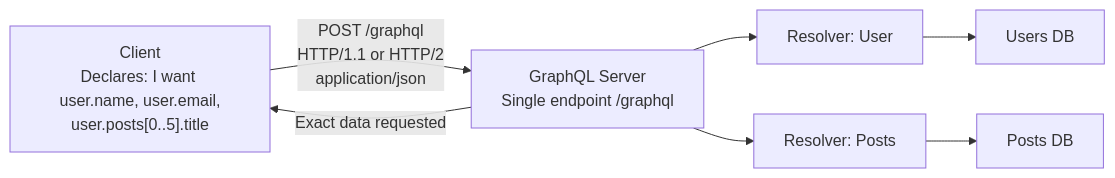
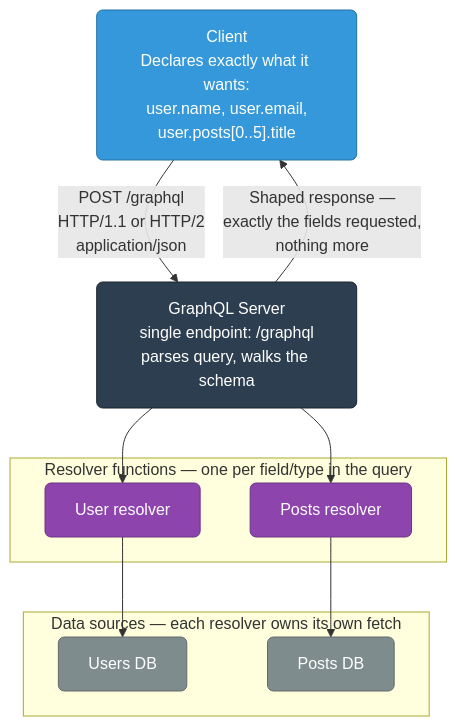
The third of 5 diagrams in networking/grpc-graphql.md (deepanshu-rawat6/DevOpsIndex), drawn with Mermaid before and after one commit. The commit also changed other lines of this file and 8 other files, not shown here.

````diff
--- a/networking/grpc-graphql.md
+++ b/networking/grpc-graphql.md
@@ -152,9 +269,27 @@
 ```mermaid
-graph LR
-    CLIENT["Client<br>Declares: I want user.name, user.email,<br>user.posts[0..5].title"] -->|"POST /graphql<br>HTTP/1.1 or HTTP/2<br>application/json"| GQL["GraphQL Server<br>Single endpoint /graphql"]
-    GQL --> R1["Resolver: User"]
-    GQL --> R2["Resolver: Posts"]
-    R1 --> DB1["Users DB"]
-    R2 --> DB2["Posts DB"]
-    GQL -->|"Exact data requested"| CLIENT
+graph TD
+    classDef client fill:#3498db,stroke:#2471a3,color:#fff,rx:6
+    classDef server fill:#2c3e50,stroke:#1a252f,color:#fff,rx:6
+    classDef resolver fill:#8e44ad,stroke:#6c3483,color:#fff,rx:6
+    classDef store fill:#7f8c8d,stroke:#616a6b,color:#fff,rx:6
+
+    CLIENT["Client<br/>Declares exactly what it wants:<br/>user.name, user.email,<br/>user.posts[0..5].title"]:::client -->|"POST /graphql<br/>HTTP/1.1 or HTTP/2<br/>application/json"| GQL["GraphQL Server<br/>single endpoint: /graphql<br/>parses query, walks the schema"]:::server
+
+    subgraph RESOLVERS["Resolver functions — one per field/type in the query"]
+        R1["User resolver"]:::resolver
+        R2["Posts resolver"]:::resolver
+    end
+
+    GQL --> R1
+    GQL --> R2
+
+    subgraph STORES["Data sources — each resolver owns its own fetch"]
+        DB1["Users DB"]:::store
+        DB2["Posts DB"]:::store
+    end
+
+    R1 --> DB1
+    R2 --> DB2
+
+    GQL -->|"Shaped response —<br/>exactly the fields requested,<br/>nothing more"| CLIENT
 ```
````
